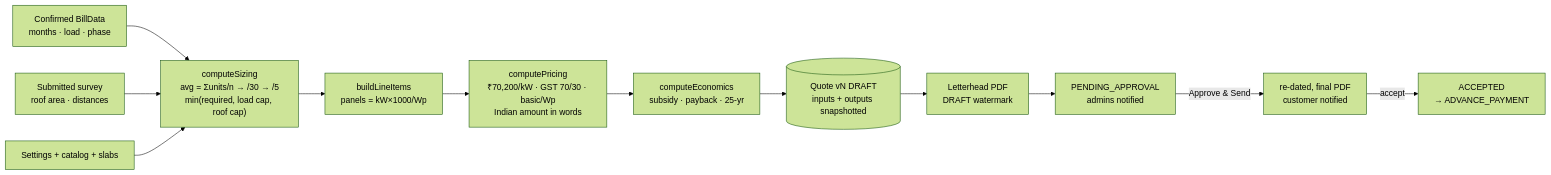
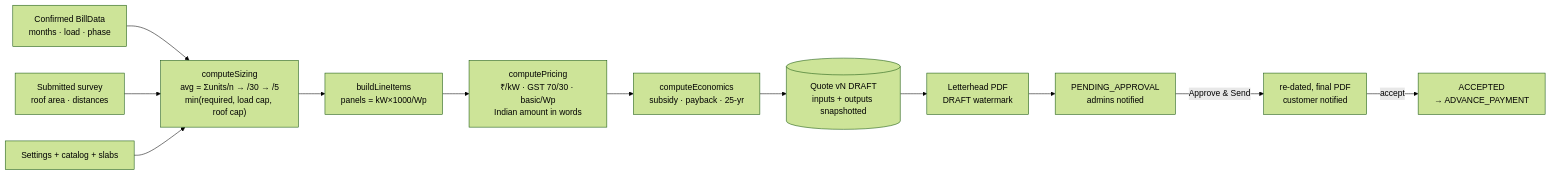
Before and after one commit to Sohangi-Singh/Lumora-Ops-Platform: the third of 3 diagrams in README.md, drawn with Mermaid (forest theme). The commit also changed other lines of this file and 13 other files, not shown here.

````diff
--- a/README.md
+++ b/README.md
@@ -141,13 +351,13 @@
 ```mermaid
 flowchart LR
   B[Confirmed BillData<br/>months · load · phase] --> S
   SV[Submitted survey<br/>roof area · distances] --> S
   ST[Settings + catalog + slabs] --> S
   S["computeSizing<br/>avg = Σunits/n → /30 → /5<br/>min(required, load cap, roof cap)"] --> BOM[buildLineItems<br/>panels = kW×1000/Wp]
-  BOM --> PR["computePricing<br/>₹70,200/kW · GST 70/30 · basic/Wp<br/>Indian amount in words"]
+  BOM --> PR["computePricing<br/>₹/kW · GST 70/30 · basic/Wp<br/>Indian amount in words"]
   PR --> EC[computeEconomics<br/>subsidy · payback · 25-yr]
   EC --> Q[(Quote vN DRAFT<br/>inputs + outputs snapshotted)]
   Q --> PDF[Letterhead PDF<br/>DRAFT watermark] --> PA[PENDING_APPROVAL<br/>admins notified]
   PA -- Approve & Send --> SENT[re-dated, final PDF<br/>customer notified]
   SENT -- accept --> ACC[ACCEPTED<br/>→ ADVANCE_PAYMENT]
 ```
````
